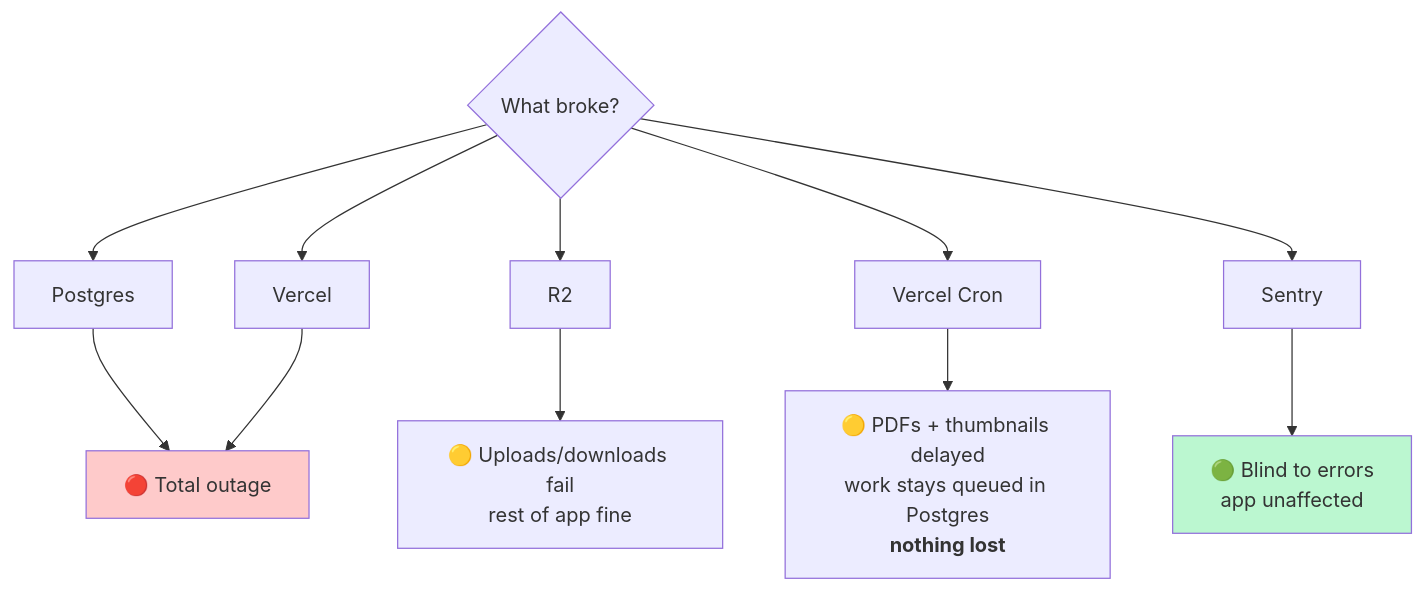
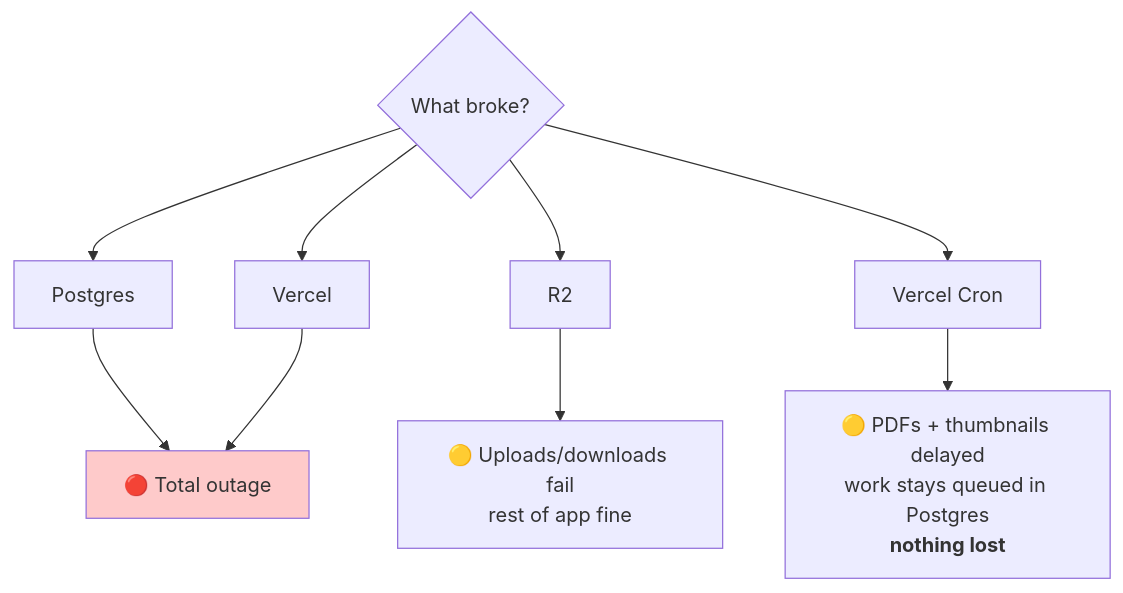
Before and after one commit to ApexStudios-interiors/ApexStudios: diagram 16 of 16 in docs/system-overview.md, drawn with Mermaid. The commit also changed other lines of this file and 46 other files, not shown here.

````diff
--- a/docs/system-overview.md
+++ b/docs/system-overview.md
@@ -442,11 +440,9 @@
 ```mermaid
 flowchart TD
     F{What broke?} --> PG[Postgres] --> TOTAL["🔴 Total outage"]
     F --> VC[Vercel] --> TOTAL
     F --> R2X[R2] --> P1["🟡 Uploads/downloads fail<br/>rest of app fine"]
     F --> CR["Vercel Cron"] --> P2["🟡 PDFs + thumbnails delayed<br/>work stays queued in Postgres<br/><b>nothing lost</b>"]
-    F --> SEN[Sentry] --> P4["🟢 Blind to errors<br/>app unaffected"]
 
     style TOTAL fill:#fecaca
-    style P4 fill:#bbf7d0
 ```
````
